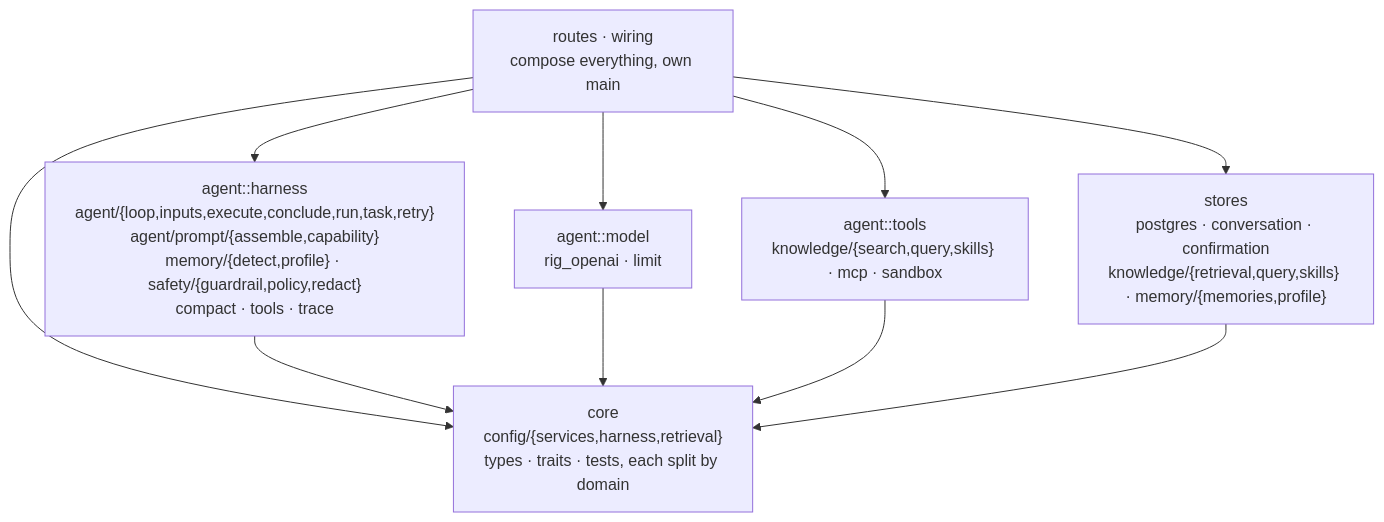
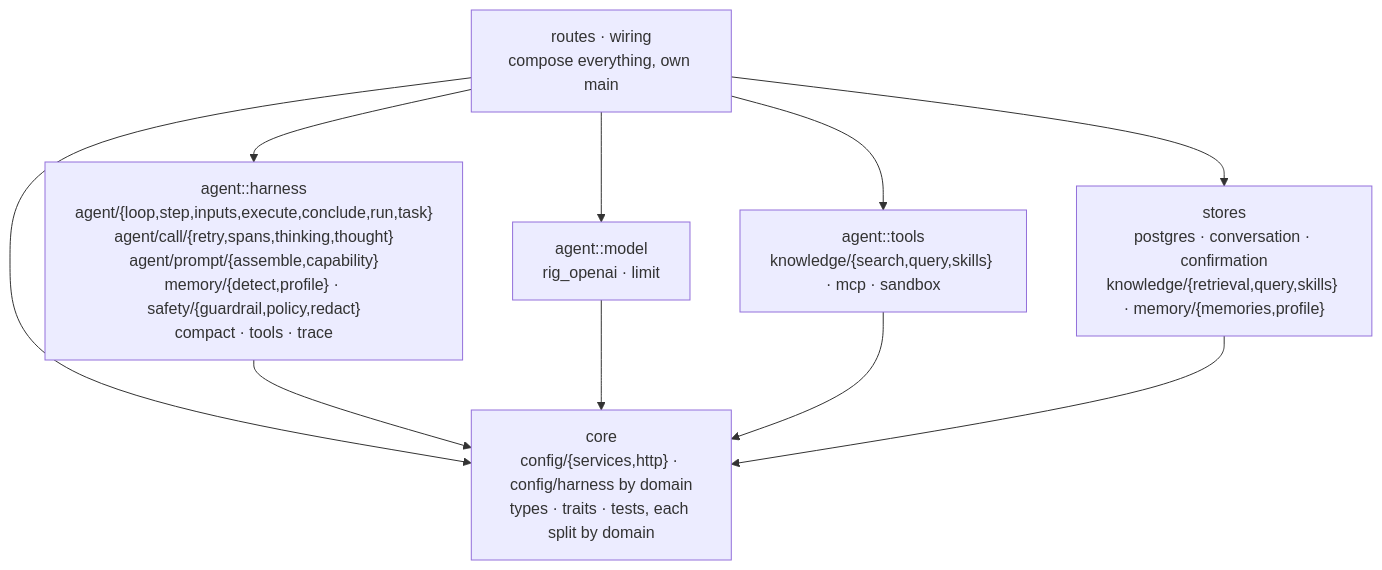
The second of 9 diagrams in docs/ARCHITECTURE.md (ashworks1706/SparkyAI), drawn with Mermaid before and after one commit. The commit also changed other lines of this file and 41 other files, not shown here.

````diff
--- a/docs/ARCHITECTURE.md
+++ b/docs/ARCHITECTURE.md
@@ -122,19 +122,19 @@
 ```mermaid
 flowchart TD
     ROUTES["routes · wiring<br/>compose everything, own main"]
-    HARNESS["agent::harness<br/>agent/{loop,inputs,execute,conclude,run,task,retry}<br/>agent/prompt/{assemble,capability}<br/>memory/{detect,profile} · safety/{guardrail,policy,redact}<br/>compact · tools · trace"]
+    HARNESS["agent::harness<br/>agent/{loop,step,inputs,execute,conclude,run,task}<br/>agent/call/{retry,spans,thinking,thought}<br/>agent/prompt/{assemble,capability}<br/>memory/{detect,profile} · safety/{guardrail,policy,redact}<br/>compact · tools · trace"]
     MODEL["agent::model<br/>rig_openai · limit"]
     TOOLS["agent::tools<br/>knowledge/{search,query,skills} · mcp · sandbox"]
     STORES["stores<br/>postgres · conversation · confirmation<br/>knowledge/{retrieval,query,skills} · memory/{memories,profile}"]
-    CORE["core<br/>config/{services,harness,retrieval}<br/>types · traits · tests, each split by domain"]
+    CORE["core<br/>config/{services,http} · config/harness by domain<br/>types · traits · tests, each split by domain"]
 
     ROUTES --> HARNESS
     ROUTES --> MODEL
     ROUTES --> TOOLS
     ROUTES --> STORES
     ROUTES --> CORE
     HARNESS --> CORE
     MODEL --> CORE
     TOOLS --> CORE
     STORES --> CORE
 ```
````
